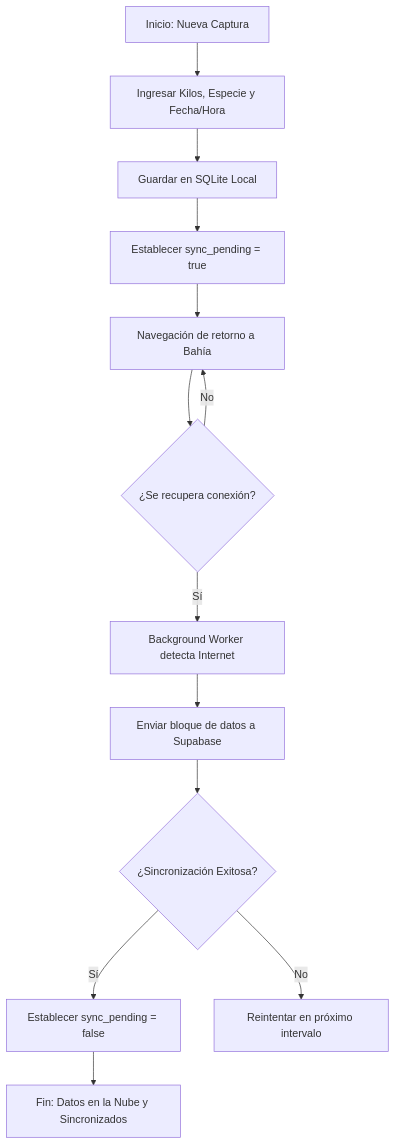
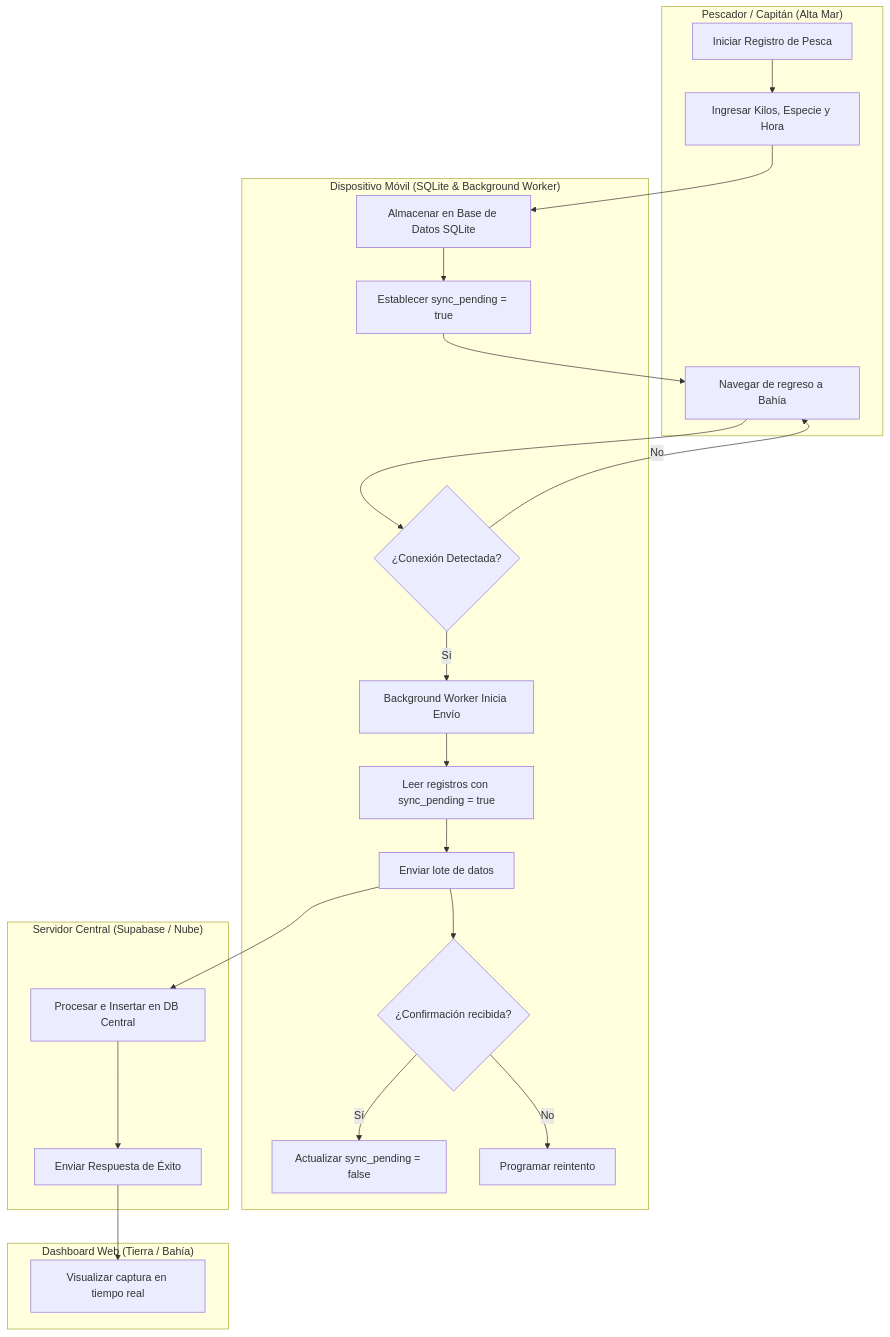
Before and after one commit to brismarinatracker-corporation/Brismar: the diagram in docs/brismar_brain/FLUJO_02_REGISTRO_PESCA_ALTA_MAR.md, drawn with Mermaid. The commit also changed other lines of this file and 1 other file, not shown here.

Commit message:
docs: reestructurar diagramas de flujo a diagramas de procesos con carriles estilo Bizagi

````diff
--- a/docs/brismar_brain/FLUJO_02_REGISTRO_PESCA_ALTA_MAR.md
+++ b/docs/brismar_brain/FLUJO_02_REGISTRO_PESCA_ALTA_MAR.md
@@ -15,15 +9,30 @@
 ```mermaid
-graph TD
-    A[Inicio: Nueva Captura] --> B[Ingresar Kilos, Especie y Fecha/Hora]
-    B --> C[Guardar en SQLite Local]
-    C --> D[Establecer sync_pending = true]
-    D --> E[Navegación de retorno a Bahía]
-    E --> F{¿Se recupera conexión?}
-    F -- No --> E
-    F -- Sí --> G[Background Worker detecta Internet]
-    G --> H[Enviar bloque de datos a Supabase]
-    H --> I{¿Sincronización Exitosa?}
-    I -- Sí --> J[Establecer sync_pending = false]
-    I -- No --> K[Reintentar en próximo intervalo]
-    J --> L[Fin: Datos en la Nube y Sincronizados]
+graph TB
+    subgraph Pescador ["Pescador / Capitán (Alta Mar)"]
+        A[Iniciar Registro de Pesca] --> B[Ingresar Kilos, Especie y Hora]
+        E[Navegar de regreso a Bahía]
+    end
+
+    subgraph Dispositivo ["Dispositivo Móvil (SQLite & Background Worker)"]
+        B --> C[Almacenar en Base de Datos SQLite]
+        C --> D[Establecer sync_pending = true]
+        D --> E
+        E --> F{¿Conexión Detectada?}
+        F -- Sí --> G[Background Worker Inicia Envío]
+        F -- No --> E
+        G --> H[Leer registros con sync_pending = true]
+        H --> I[Enviar lote de datos]
+        I --> J{¿Confirmación recibida?}
+        J -- Sí --> K[Actualizar sync_pending = false]
+        J -- No --> L[Programar reintento]
+    end
+
+    subgraph Supabase ["Servidor Central (Supabase / Nube)"]
+        I --> RecibirDatos[Procesar e Insertar en DB Central]
+        RecibirDatos --> Confirmar[Enviar Respuesta de Éxito]
+    end
+
+    subgraph WebDashboard ["Dashboard Web (Tierra / Bahía)"]
+        Confirmar --> MostrarWeb[Visualizar captura en tiempo real]
+    end
 ```
````
